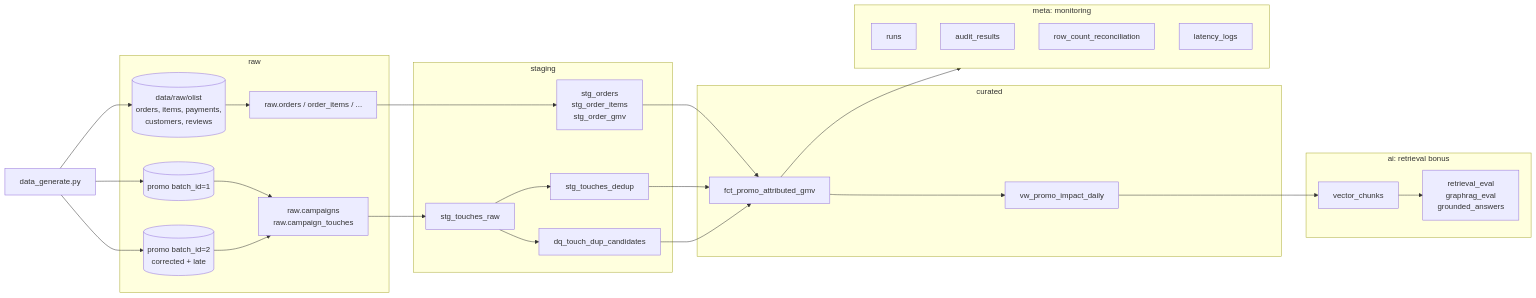
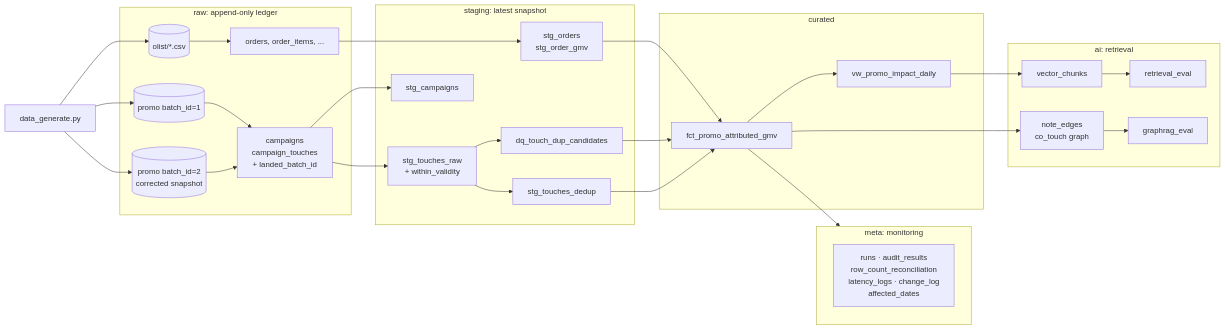
Before and after one commit to akotechonline/promo-attribution-incremental-etl: the diagram in README.md, drawn with Mermaid. The commit also changed other lines of this file and 11 other files, not shown here.

Commit message:
v2: snapshot batches, automatic change detection, scoped rebuilds verified against a full rebuild, atomic runs, co-touch GraphRAG and tests

````diff
--- a/README.md
+++ b/README.md
@@ -33,34 +36,34 @@
 ```mermaid
 flowchart LR
-    G[data_generate.py] --> O[(data/raw/olist<br/>orders, items, payments,<br/>customers, reviews)]
+    G[data_generate.py] --> O[(olist/*.csv)]
     G --> B1[(promo batch_id=1)]
-    G --> B2[(promo batch_id=2<br/>corrected + late)]
-    subgraph RAW[raw]
-        O --> R1[raw.orders / order_items / ...]
-        B1 --> R2[raw.campaigns<br/>raw.campaign_touches]
+    G --> B2[(promo batch_id=2<br/>corrected snapshot)]
+    subgraph RAW["raw: append-only ledger"]
+        O --> R1[orders, order_items, ...]
+        B1 --> R2[campaigns<br/>campaign_touches<br/>+ landed_batch_id]
         B2 --> R2
     end
-    subgraph STG[staging]
-        R1 --> S1[stg_orders<br/>stg_order_items<br/>stg_order_gmv]
-        R2 --> S2[stg_touches_raw]
-        S2 --> DQ[dq_touch_dup_candidates]
-        S2 --> S3[stg_touches_dedup]
+    subgraph STG["staging: latest snapshot"]
+        R1 --> S1[stg_orders<br/>stg_order_gmv]
+        R2 --> S2[stg_campaigns]
+        R2 --> S3[stg_touches_raw<br/>+ within_validity]
+        S3 --> DQ[dq_touch_dup_candidates]
+        S3 --> S4[stg_touches_dedup]
     end
     subgraph CUR[curated]
         S1 --> F[fct_promo_attributed_gmv]
-        S3 --> F
+        S4 --> F
         DQ --> F
         F --> V[vw_promo_impact_daily]
     end
     subgraph META[meta: monitoring]
-        M1[runs]
-        M2[audit_results]
-        M3[row_count_reconciliation]
-        M4[latency_logs]
+        M1[runs · audit_results<br/>row_count_reconciliation<br/>latency_logs · change_log<br/>affected_dates]
     end
-    subgraph AI[ai: retrieval bonus]
-        A1[vector_chunks] --> A2[retrieval_eval<br/>graphrag_eval<br/>grounded_answers]
+    subgraph AI["ai: retrieval"]
+        A1[vector_chunks] --> A2[retrieval_eval]
+        A3[note_edges<br/>co_touch graph] --> A4[graphrag_eval]
     end
     F --> META
+    F --> A3
     V --> A1
 ```
````
